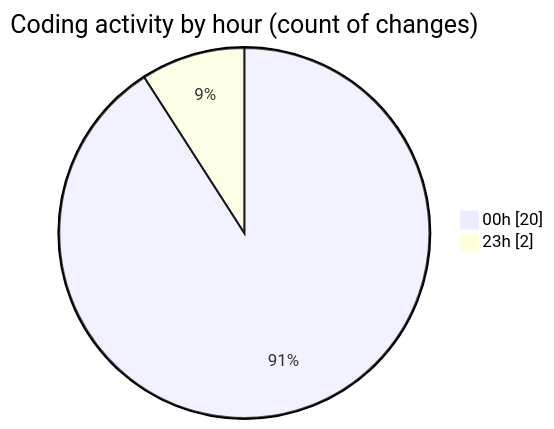
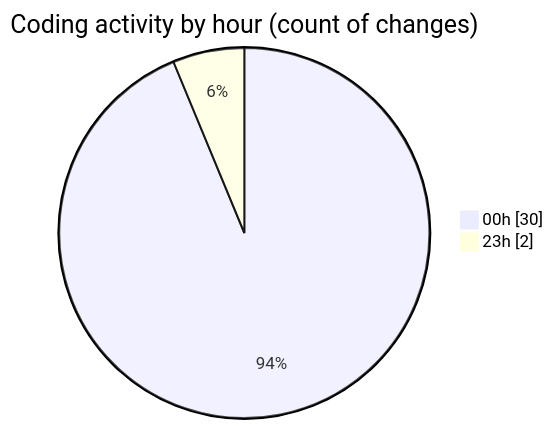
One commit to Unknowalive/code-tracking changed the second of 2 diagrams in 2026-04-08/t2s/README.md. Above: the diagram before and after it, drawn with Mermaid. The commit also changed other lines of this file and 1 other file, not shown here.

````diff
--- a/2026-04-08/t2s/README.md
+++ b/2026-04-08/t2s/README.md
@@ -38,6 +43,6 @@
 ```mermaid
 pie showData
 title Coding activity by hour (count of changes)
-"00h" : 20
+"00h" : 30
 "23h" : 2
 ```
````
